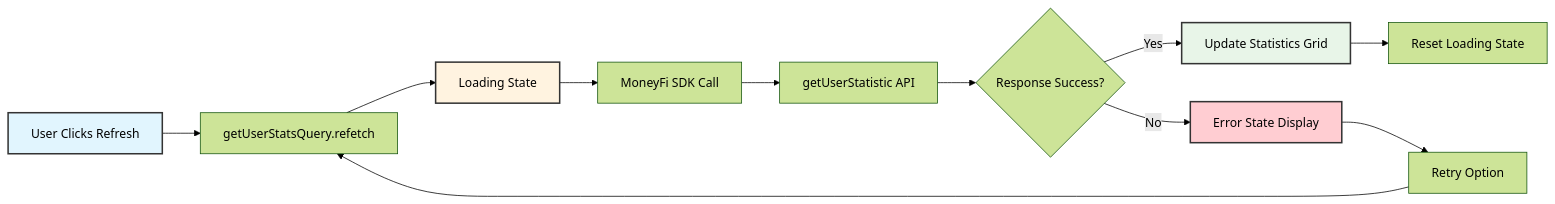
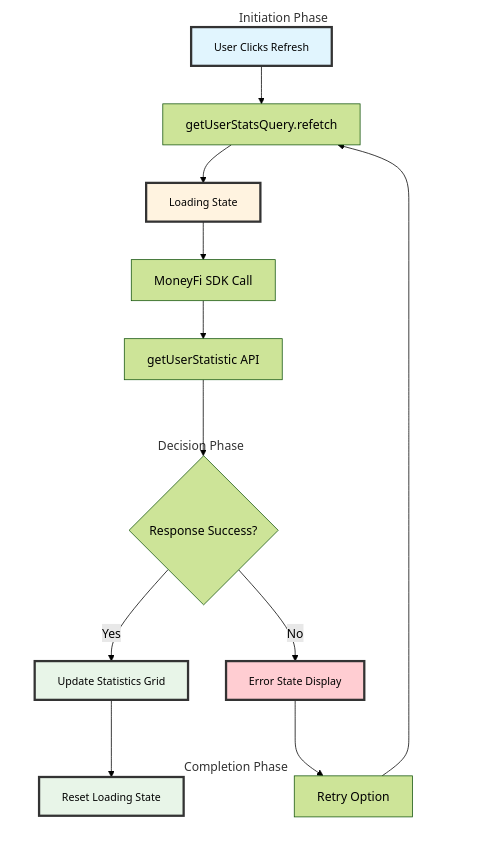
Before and after one commit to MoneyFi-fund/moneyfi-SDK-example: the fourth of 6 diagrams in README.md, drawn with Mermaid (forest theme). The commit also changed other lines of this file, not shown here.

Commit message:
Refactor flowcharts in README: Update flowchart layouts to improve clarity and organization for deposit, withdrawal, and statistics refresh processes

````diff
--- a/README.md
+++ b/README.md
@@ -573,23 +655,53 @@
 ```mermaid
-flowchart LR
-    %% First line: left to right
+flowchart TB
+    %% Row 1: Left to Right
     A[User Clicks Refresh] --> B[getUserStatsQuery.refetch]
     B --> C[Loading State]
     C --> D[MoneyFi SDK Call]
     D --> E[getUserStatistic API]
 
-    %% Second line: right to left (snake pattern)
+    %% Connect to Row 2
     E --> F{Response Success?}
+
+    %% Row 2: Branching paths
     F -->|Yes| G[Update Statistics Grid]
     F -->|No| H[Error State Display]
+
+    %% Connect to Row 3
     G --> I[Reset Loading State]
 
-    %% Third line: left to right (retry loop)
+    %% Row 3: Error handling and retry
     H --> J[Retry Option]
     J --> B
 
-    style A fill:#e1f5fe,color:#000,stroke:#333,stroke-width:2px
-    style C fill:#fff3e0,color:#000,stroke:#333,stroke-width:2px
-    style G fill:#e8f5e8,color:#000,stroke:#333,stroke-width:2px
-    style H fill:#ffcdd2,color:#000,stroke:#333,stroke-width:2px
+    %% Positioning for snake pattern
+    subgraph row1 ["Initiation Phase"]
+        A
+        B
+        C
+        D
+        E
+    end
+
+    subgraph row2 ["Decision Phase"]
+        F
+        G
+        H
+    end
+
+    subgraph row3 ["Completion Phase"]
+        I
+        J
+    end
+
+    style A fill:#e1f5fe,color:#000,stroke:#333,stroke-width:3px,font-size:14px
+    style C fill:#fff3e0,color:#000,stroke:#333,stroke-width:3px,font-size:14px
+    style G fill:#e8f5e8,color:#000,stroke:#333,stroke-width:3px,font-size:14px
+    style H fill:#ffcdd2,color:#000,stroke:#333,stroke-width:3px,font-size:14px
+    style I fill:#e8f5e8,color:#000,stroke:#333,stroke-width:3px,font-size:14px
+
+    %% Hide subgraph borders
+    style row1 fill:none,stroke:none
+    style row2 fill:none,stroke:none
+    style row3 fill:none,stroke:none
 ```
````
